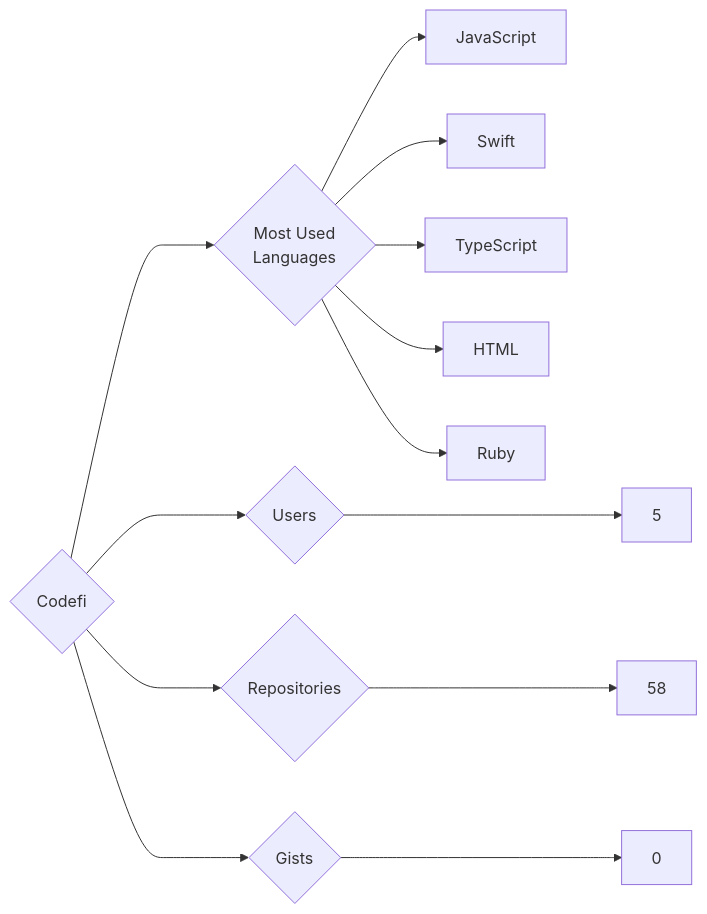
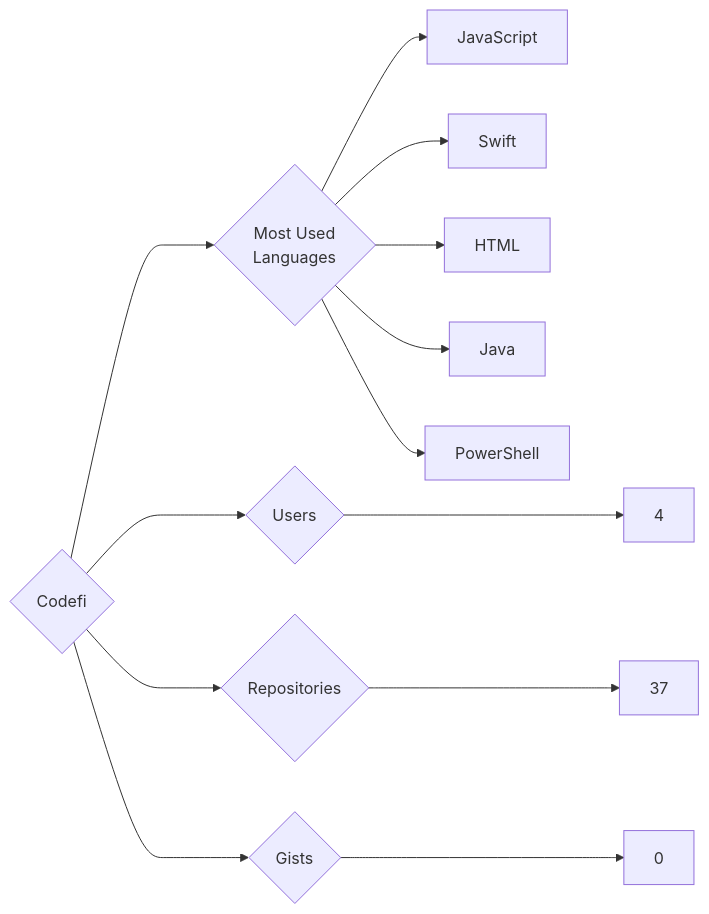
Before and after one commit to trickest/insiders: the diagram in targets/Codefi/README.md, drawn with Mermaid. The commit also changed 888 other files, not shown here.

````diff
--- a/targets/Codefi/README.md
+++ b/targets/Codefi/README.md
@@ -3,13 +3,13 @@
 ```mermaid
 graph LR
 COMPANY_NAME{Codefi}
-COMPANY_NAME ---> U{Users} ---> UN[5]
-COMPANY_NAME ---> R{Repositories} ---> RN[58]
+COMPANY_NAME ---> U{Users} ---> UN[4]
+COMPANY_NAME ---> R{Repositories} ---> RN[37]
 COMPANY_NAME ---> G{Gists} ---> GN[0]
 COMPANY_NAME ---> ML{Most Used<br>Languages}
 ML --> JavaScript[JavaScript]
 ML --> Swift[Swift]
-ML --> TypeScript[TypeScript]
 ML --> HTML[HTML]
-ML --> Ruby[Ruby]
+ML --> Java[Java]
+ML --> PowerShell[PowerShell]
 ```
````
